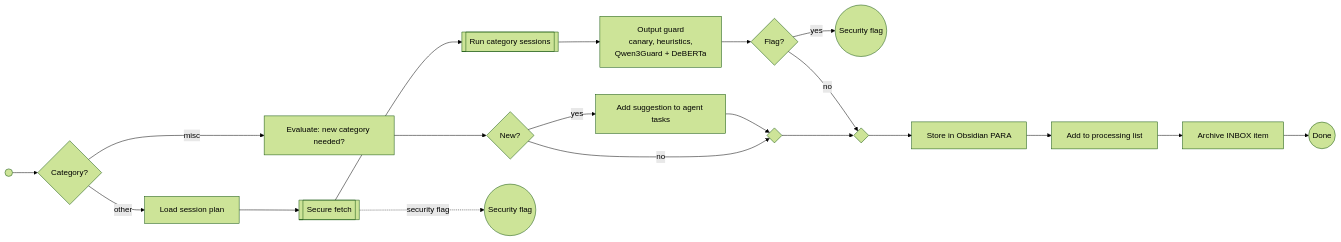
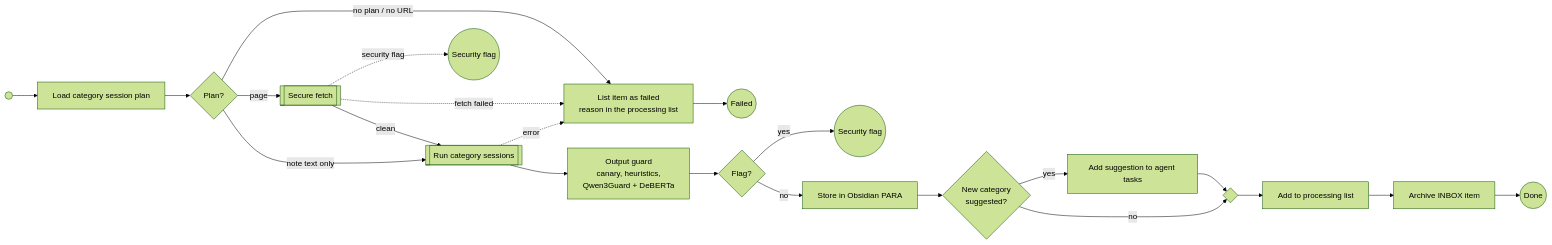
One commit to zskreisz01/pkpipe changed the diagram in docs/process/process-other-resource.md. Above: the diagram before and after it, drawn with Mermaid (forest theme). The commit also changed other lines of this file and 8 other files, not shown here.

First line of the commit message:
docs(bpmn): Process Other Resource shows the implemented plan flow; tests for session span failure and query guard scope (T001 T009)

````diff
--- a/docs/process/process-other-resource.md
+++ b/docs/process/process-other-resource.md
@@ -12,12 +12,16 @@
 ```mermaid
 flowchart LR
-    s(( )) --> gc{Category?}
-    gc -- misc --> ev[Evaluate: new category needed?] --> gn{New?}
-    gn -- yes --> ac[Add suggestion to agent tasks] --> m1{ }
-    gn -- no --> m1
-    gc -- other --> plan[Load session plan] --> sf[[Secure fetch]] --> rs[[Run category sessions]] --> og[Output guard<br/>canary, heuristics,<br/>Qwen3Guard + DeBERTa] --> g2{Flag?}
+    s(( )) --> plan[Load category session plan] --> gp{Plan?}
+    gp -- page --> sf[[Secure fetch]] -- clean --> rs[[Run category sessions]]
+    gp -- note text only --> rs
+    gp -- no plan / no URL --> fl[List item as failed<br/>reason in the processing list] --> f((Failed))
+    sf -. fetch failed .-> fl
     sf -. security flag .-> x1((Security flag))
+    rs -. error .-> fl
+    rs --> og[Output guard<br/>canary, heuristics,<br/>Qwen3Guard + DeBERTa] --> g2{Flag?}
     g2 -- yes --> x2((Security flag))
-    g2 -- no --> m2{ }
-    m1 --> m2 --> so[Store in Obsidian PARA] --> al[Add to processing list] --> ar[Archive INBOX item] --> e((Done))
+    g2 -- no --> so[Store in Obsidian PARA] --> gn{New category<br/>suggested?}
+    gn -- yes --> ac[Add suggestion to agent tasks] --> m{ }
+    gn -- no --> m
+    m --> al[Add to processing list] --> ar[Archive INBOX item] --> e((Done))
 ```
````
